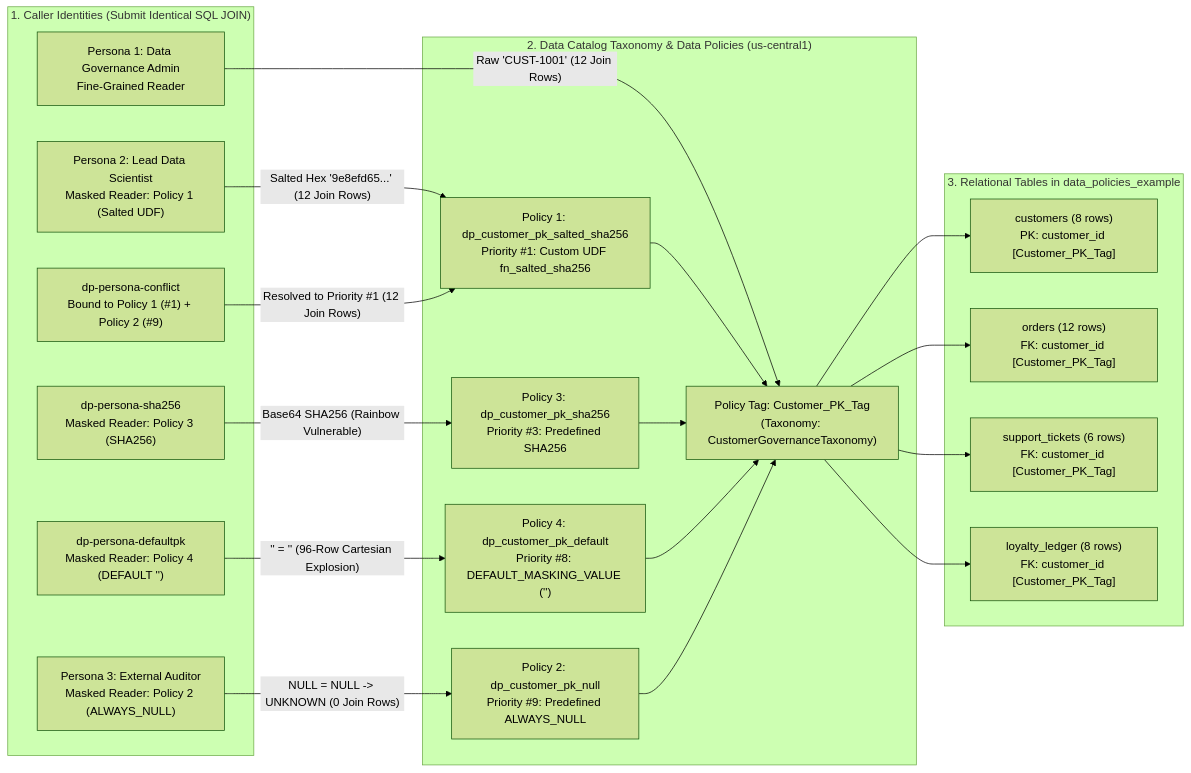
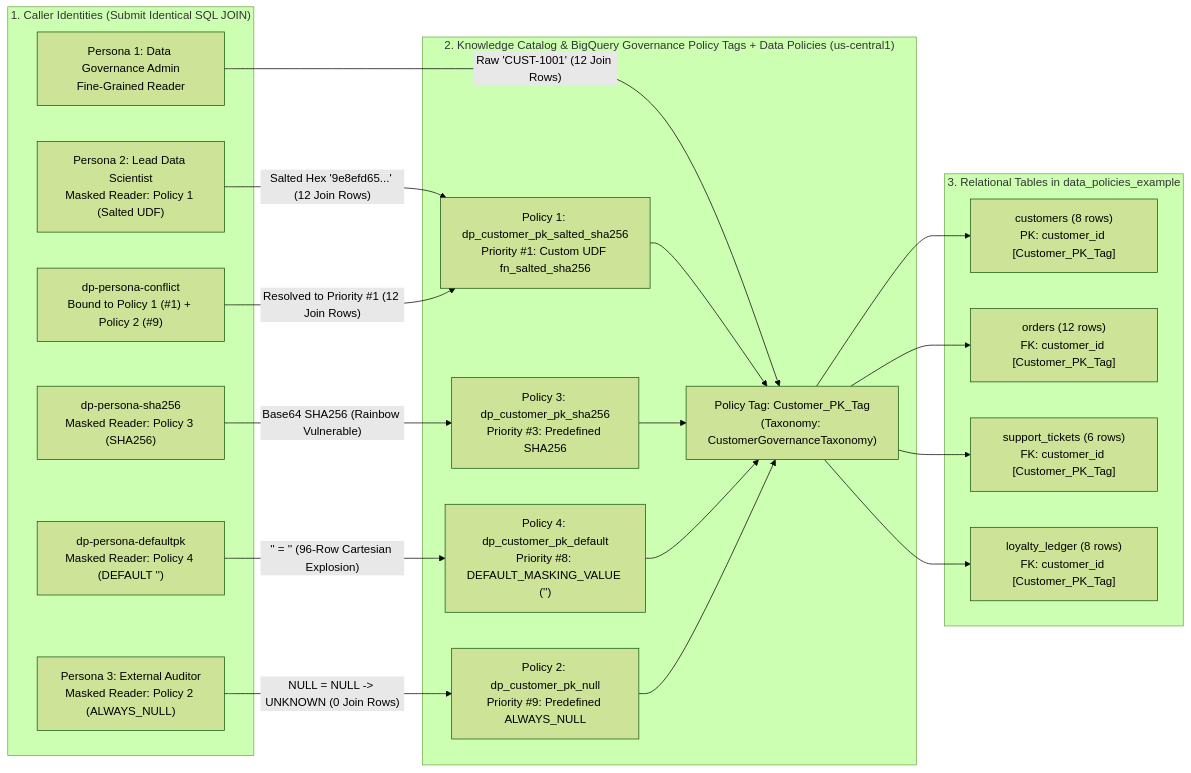
Before and after one commit to gargravish/bq-data-policy-lab: the diagram in README.md, drawn with Mermaid (forest theme). The commit also changed other lines of this file and 7 other files, not shown here.

Commit message:
Use current Knowledge Catalog & BigQuery Governance Policy Tag naming across docs, UI, and screenshots

````diff
--- a/README.md
+++ b/README.md
@@ -27,43 +27,43 @@
 ```mermaid
 flowchart LR
   subgraph Callers["1. Caller Identities (Submit Identical SQL JOIN)"]
     A["Persona 1: Data Governance Admin<br/>Fine-Grained Reader"]
     U["Persona 2: Lead Data Scientist<br/>Masked Reader: Policy 1 (Salted UDF)"]
     T["Persona 3: External Auditor<br/>Masked Reader: Policy 2 (ALWAYS_NULL)"]
     S["dp-persona-sha256<br/>Masked Reader: Policy 3 (SHA256)"]
     D["dp-persona-defaultpk<br/>Masked Reader: Policy 4 (DEFAULT '')"]
     C["dp-persona-conflict<br/>Bound to Policy 1 (#1) + Policy 2 (#9)"]
   end
 
-  subgraph Governance["2. Data Catalog Taxonomy & Data Policies (us-central1)"]
+  subgraph Governance["2. Knowledge Catalog & BigQuery Governance Policy Tags + Data Policies (us-central1)"]
     TAG["Policy Tag: Customer_PK_Tag<br/>(Taxonomy: CustomerGovernanceTaxonomy)"]
     P1["Policy 1: dp_customer_pk_salted_sha256<br/>Priority #1: Custom UDF fn_salted_sha256"]
     P3["Policy 3: dp_customer_pk_sha256<br/>Priority #3: Predefined SHA256"]
     P4["Policy 4: dp_customer_pk_default<br/>Priority #8: DEFAULT_MASKING_VALUE ('')"]
     P2["Policy 2: dp_customer_pk_null<br/>Priority #9: Predefined ALWAYS_NULL"]
   end
 
   subgraph Mesh["3. Relational Tables in data_policies_example"]
     T_CUST["customers (8 rows)<br/>PK: customer_id [Customer_PK_Tag]"]
     T_ORD["orders (12 rows)<br/>FK: customer_id [Customer_PK_Tag]"]
     T_TKT["support_tickets (6 rows)<br/>FK: customer_id [Customer_PK_Tag]"]
     T_LED["loyalty_ledger (8 rows)<br/>FK: customer_id [Customer_PK_Tag]"]
   end
 
   A -->|"Raw 'CUST-1001' (12 Join Rows)"| TAG
   U -->|"Salted Hex '9e8efd65...' (12 Join Rows)"| P1
   C -->|"Resolved to Priority #1 (12 Join Rows)"| P1
   S -->|"Base64 SHA256 (Rainbow Vulnerable)"| P3
   D -->|"'' = '' (96-Row Cartesian Explosion)"| P4
   T -->|"NULL = NULL -> UNKNOWN (0 Join Rows)"| P2
 
   P1 --> TAG
   P3 --> TAG
   P4 --> TAG
   P2 --> TAG
 
   TAG --> T_CUST
   TAG --> T_ORD
   TAG --> T_TKT
   TAG --> T_LED
 ```
````
